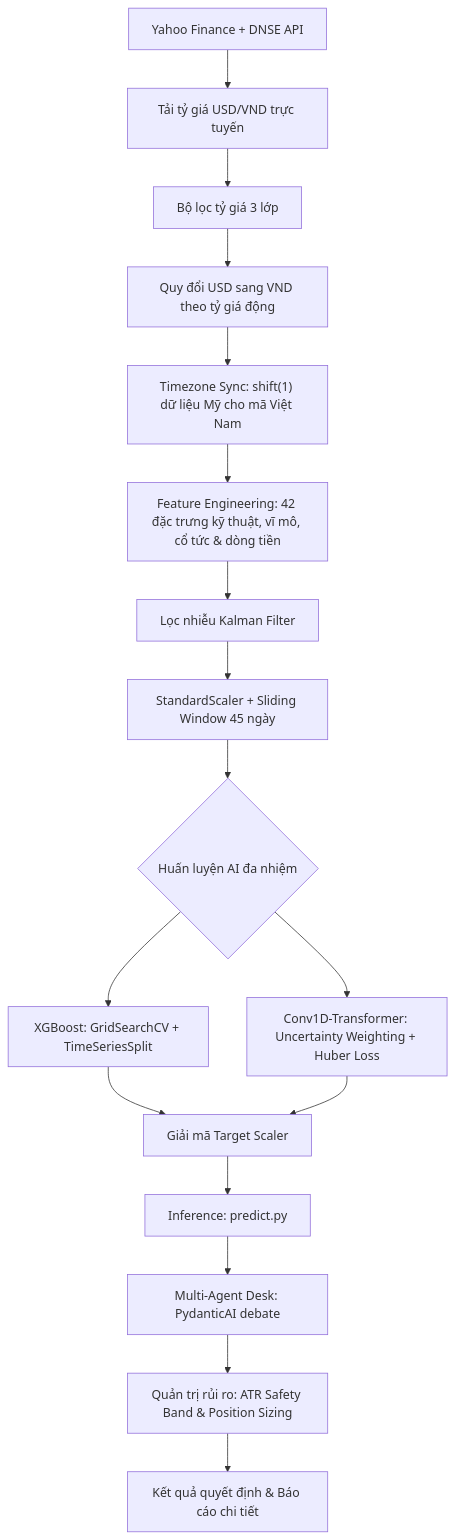
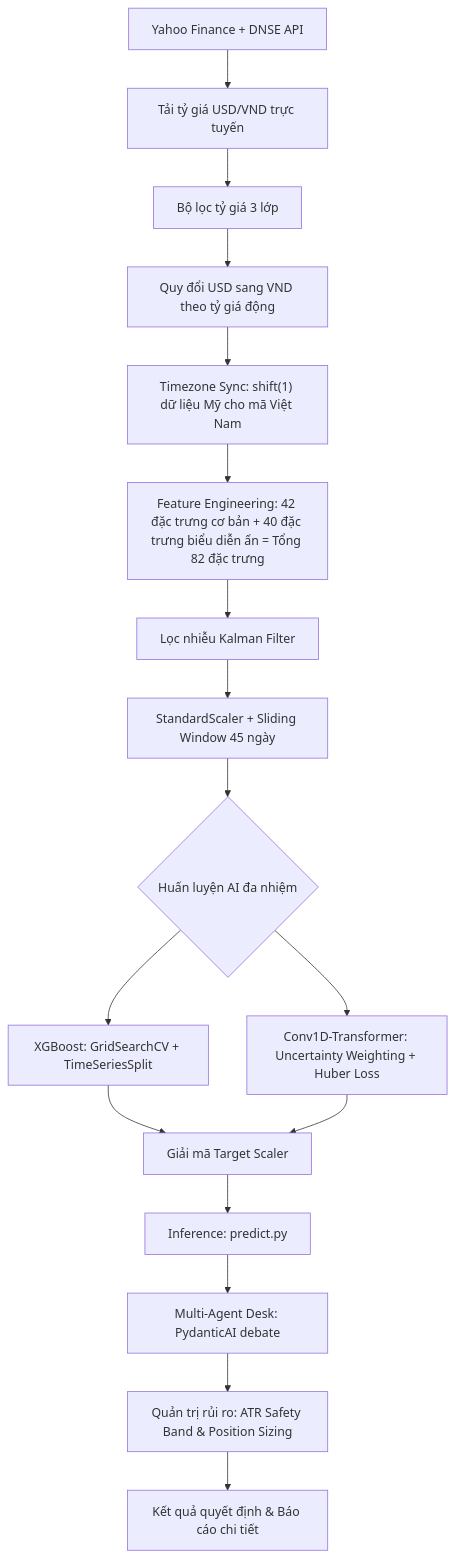
The diagram in README.md (PHP2301/Stock-Opening-Price-Prediction), drawn with Mermaid before and after one commit. The commit also changed other lines of this file and 69 other files, not shown here.

````diff
--- a/README.md
+++ b/README.md
@@ -103,19 +103,19 @@
 ```mermaid
 graph TD
     A[Yahoo Finance + DNSE API] --> B[Tải tỷ giá USD/VND trực tuyến]
     B --> C[Bộ lọc tỷ giá 3 lớp]
     C --> D[Quy đổi USD sang VND theo tỷ giá động]
     D --> E["Timezone Sync: shift(1) dữ liệu Mỹ cho mã Việt Nam"]
-    E --> F[Feature Engineering: 42 đặc trưng kỹ thuật, vĩ mô, cổ tức & dòng tiền]
+    E --> F[Feature Engineering: 42 đặc trưng cơ bản + 40 đặc trưng biểu diễn ẩn = Tổng 82 đặc trưng]
     F --> G[Lọc nhiễu Kalman Filter]
     G --> H[StandardScaler + Sliding Window 45 ngày]
     H --> I{Huấn luyện AI đa nhiệm}
     I --> J[XGBoost: GridSearchCV + TimeSeriesSplit]
     I --> K[Conv1D-Transformer: Uncertainty Weighting + Huber Loss]
     J --> L[Giải mã Target Scaler]
     K --> L
     L --> M[Inference: predict.py]
     M --> N[Multi-Agent Desk: PydanticAI debate]
     N --> O[Quản trị rủi ro: ATR Safety Band & Position Sizing]
     O --> P[Kết quả quyết định & Báo cáo chi tiết]
 ```
````
